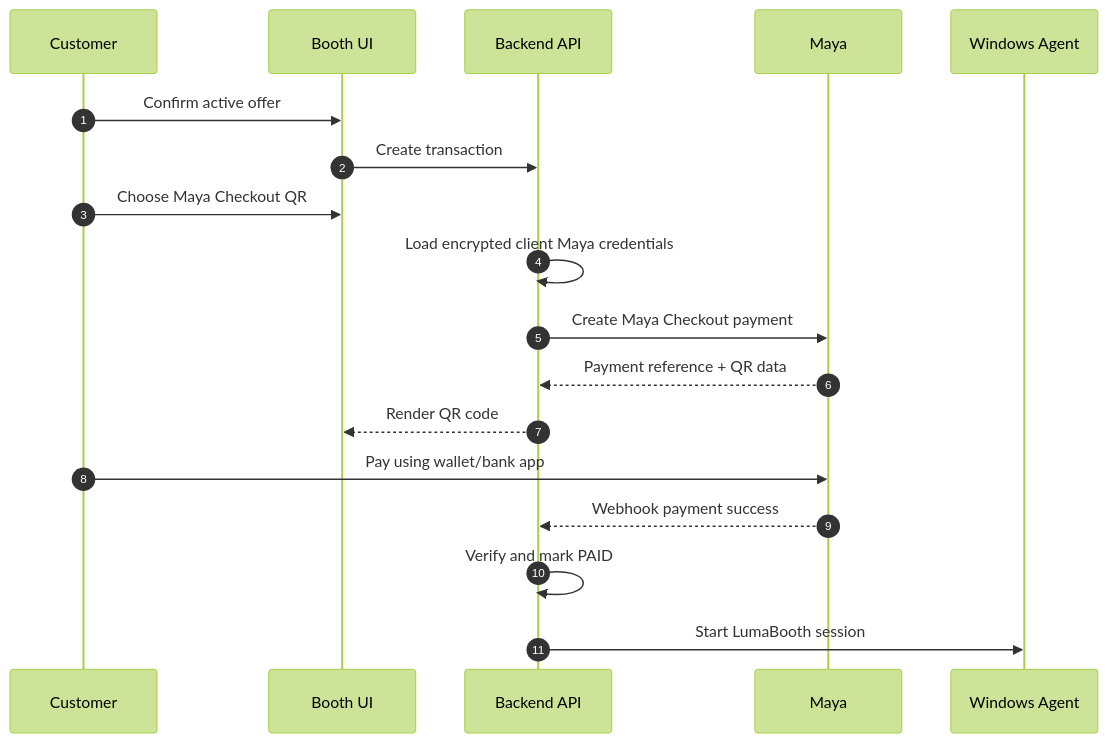
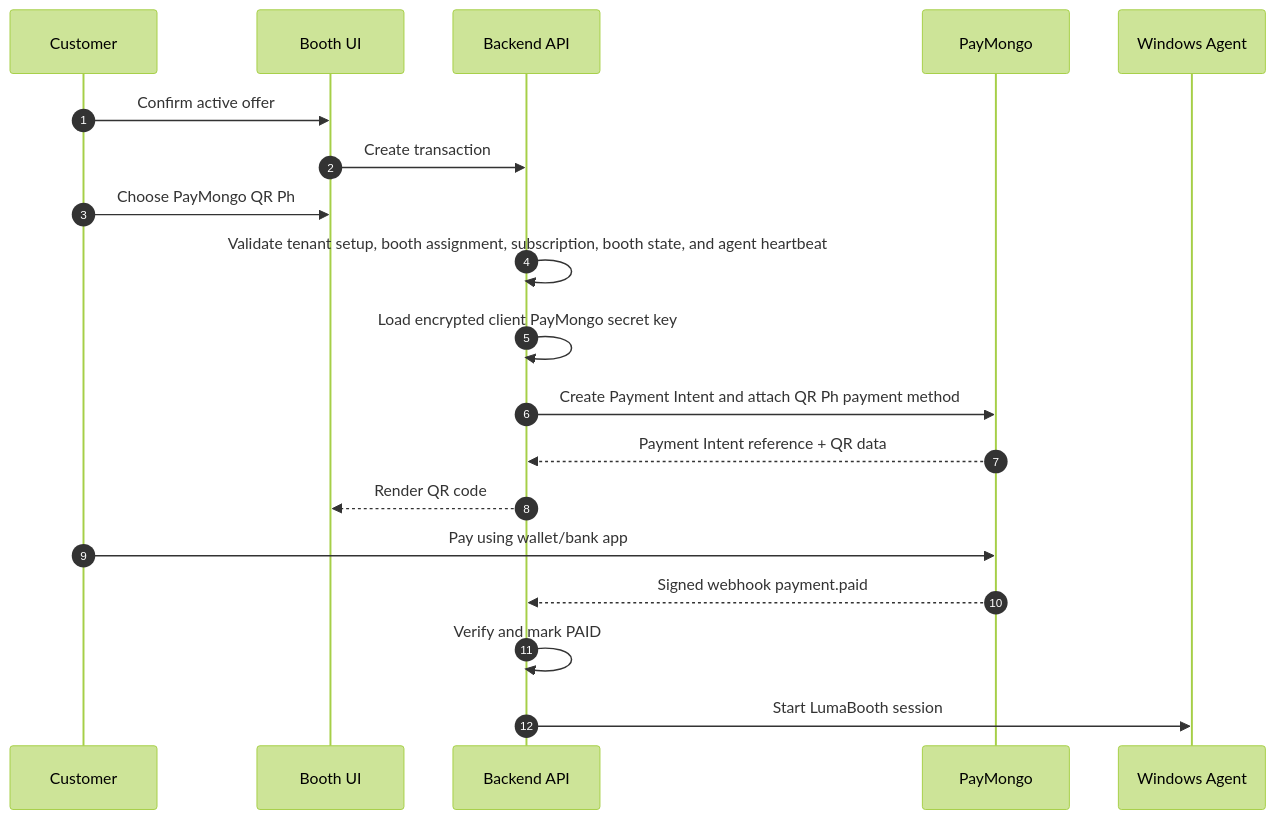
The seventh of 9 diagrams in docs/ARCHITECTURE.md (quinjan/PhotoBIZ), drawn with Mermaid (forest theme) before and after one commit. The commit also changed other lines of this file and 76 other files, not shown here.

````diff
--- a/docs/ARCHITECTURE.md
+++ b/docs/ARCHITECTURE.md
@@ -318,21 +318,22 @@
 ```mermaid
 sequenceDiagram
   autonumber
   participant C as Customer
   participant B as Booth UI
   participant API as Backend API
-  participant M as Maya
+  participant P as PayMongo
   participant A as Windows Agent
 
   C->>B: Confirm active offer
   B->>API: Create transaction
-  C->>B: Choose Maya Checkout QR
-  API->>API: Load encrypted client Maya credentials
-  API->>M: Create Maya Checkout payment
-  M-->>API: Payment reference + QR data
+  C->>B: Choose PayMongo QR Ph
+  API->>API: Validate tenant setup, booth assignment, subscription, booth state, and agent heartbeat
+  API->>API: Load encrypted client PayMongo secret key
+  API->>P: Create Payment Intent and attach QR Ph payment method
+  P-->>API: Payment Intent reference + QR data
   API-->>B: Render QR code
-  C->>M: Pay using wallet/bank app
-  M-->>API: Webhook payment success
+  C->>P: Pay using wallet/bank app
+  P-->>API: Signed webhook payment.paid
   API->>API: Verify and mark PAID
   API->>A: Start LumaBooth session
 ```
````
